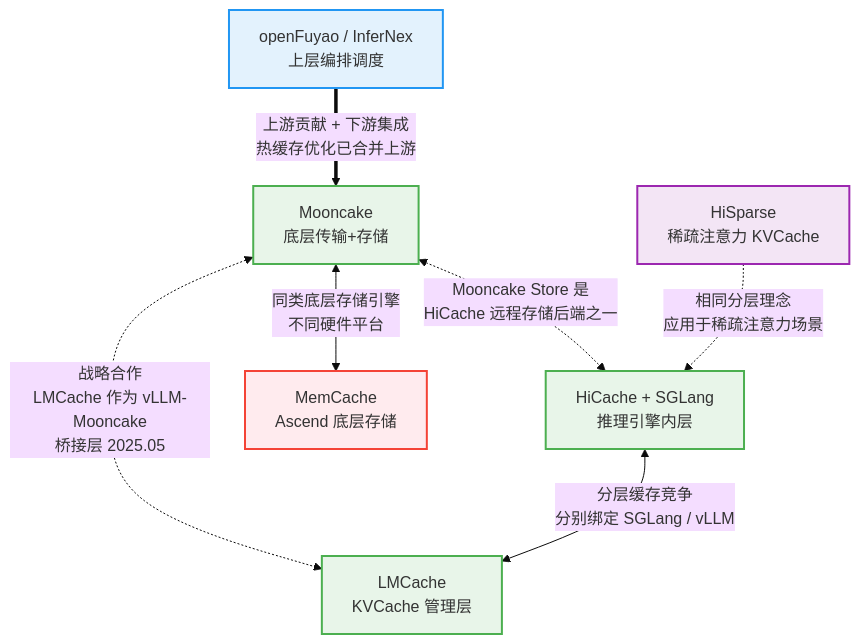
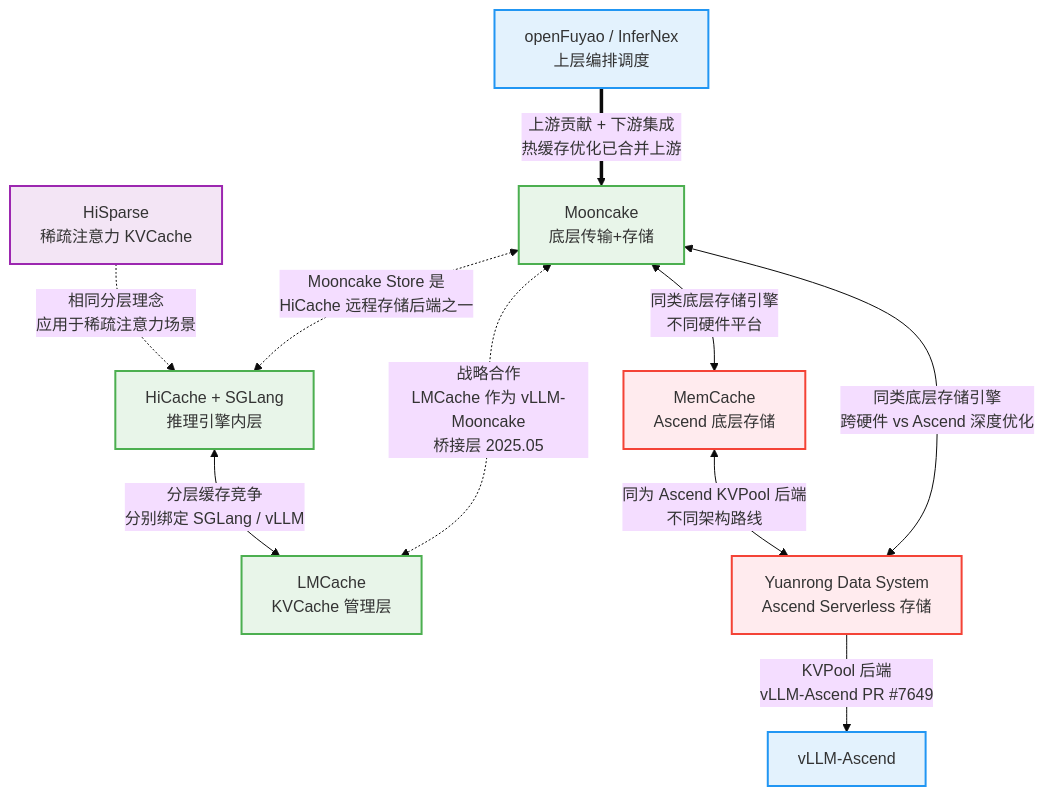
Before and after one commit to QJWang23/Mooncake: the first of 2 diagrams in docs/superpowers/insights/2026-06-10-distributed-kvcache-technology-insight.md, drawn with Mermaid (base theme). The commit also changed other lines of this file, not shown here.

First line of the commit message:
docs(insight): add Yuanrong Data System analysis to Section 3 and Section 4

````diff
--- a/docs/superpowers/insights/2026-06-10-distributed-kvcache-technology-insight.md
+++ b/docs/superpowers/insights/2026-06-10-distributed-kvcache-technology-insight.md
@@ -318,33 +320,37 @@
 ```mermaid
 graph TD
     MK[Mooncake<br/>底层传输+存储]
     HC[HiCache + SGLang<br/>推理引擎内层]
     LMC[LMCache<br/>KVCache 管理层]
     MC[MemCache<br/>Ascend 底层存储]
     OF[openFuyao / InferNex<br/>上层编排调度]
     HS[HiSparse<br/>稀疏注意力 KVCache]
+    YR[Yuanrong Data System<br/>Ascend Serverless 存储]
 
     %% 合作关系
     MK <-.->|战略合作<br/>LMCache 作为 vLLM-Mooncake<br/>桥接层 2025.05| LMC
     MK <-.->|Mooncake Store 是<br/>HiCache 远程存储后端之一| HC
 
     %% 竞争关系
     HC <-->|分层缓存竞争<br/>分别绑定 SGLang / vLLM| LMC
     MK <-->|同类底层存储引擎<br/>不同硬件平台| MC
+    MK <-->|同类底层存储引擎<br/>跨硬件 vs Ascend 深度优化| YR
+    MC <-->|同为 Ascend KVPool 后端<br/>不同架构路线| YR
 
     %% 上下游关系
     OF ==>|上游贡献 + 下游集成<br/>热缓存优化已合并上游| MK
+    YR -->|KVPool 后端<br/>vLLM-Ascend PR #7649| VLA[vLLM-Ascend]
 
     %% 承继关系
     HS -.->|相同分层理念<br/>应用于稀疏注意力场景| HC
 
     %% 风格
     classDef coop fill:#e8f5e9,stroke:#4caf50,stroke-width:2px
     classDef comp fill:#ffebee,stroke:#f44336,stroke-width:2px
     classDef supply fill:#e3f2fd,stroke:#2196f3,stroke-width:2px
     classDef inherit fill:#f3e5f5,stroke:#9c27b0,stroke-width:2px
     class MK,LMC,HC coop
-    class MC comp
-    class OF supply
+    class MC,YR comp
+    class OF,VLA supply
     class HS inherit
 ```
````
